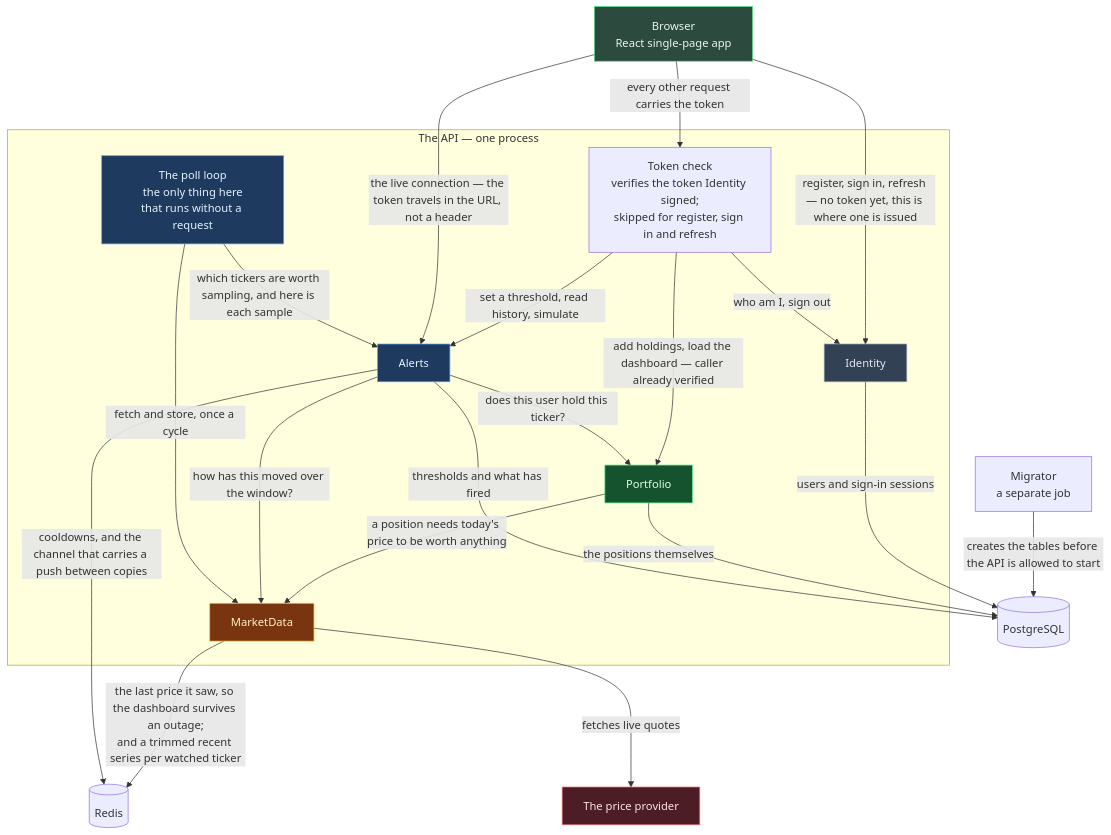
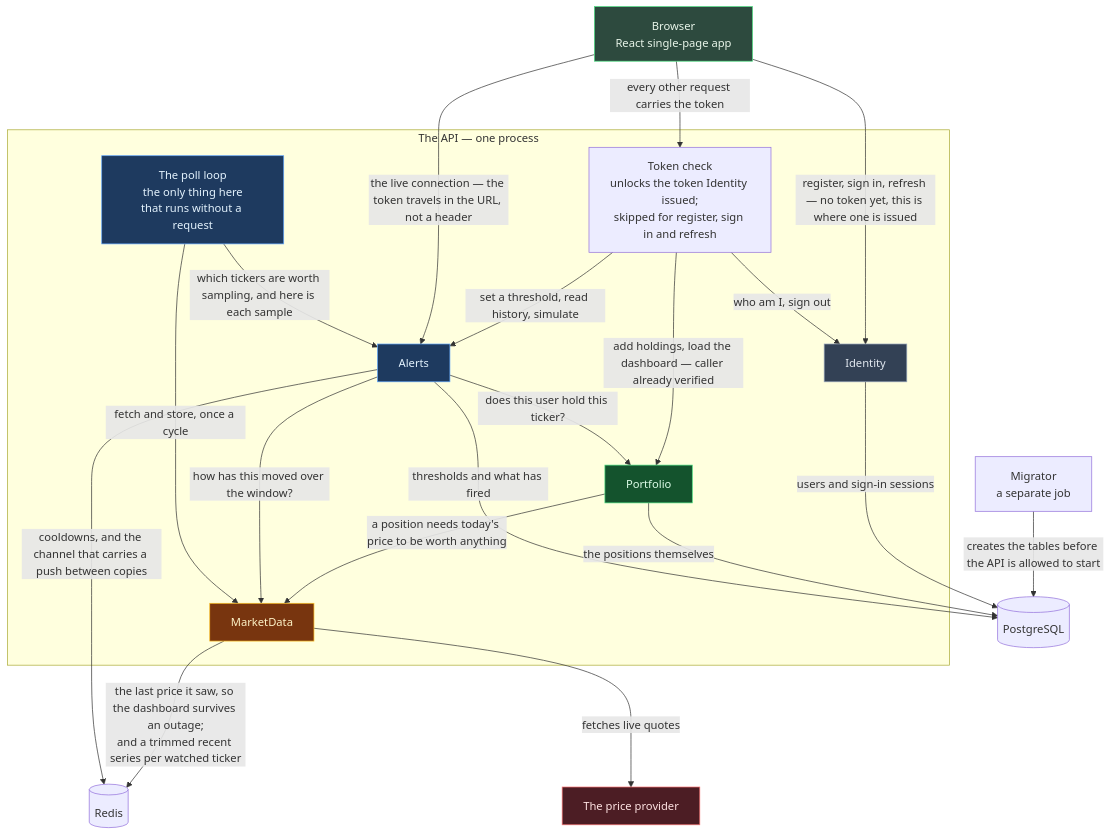
One commit to Dilicidum/StockPortfolio changed the diagram in docs/reference/service-interactions.md. Above: the diagram before and after it, drawn with Mermaid. The commit also changed other lines of this file and 110 other files, not shown here.

````diff
--- a/docs/reference/service-interactions.md
+++ b/docs/reference/service-interactions.md
@@ -7,45 +7,45 @@
 ```mermaid
 flowchart TB
     UI["Browser<br/>React single-page app"]
 
     subgraph HOST["The API — one process"]
-        GATE["Token check<br/>verifies the token Identity signed;<br/>skipped for register, sign in and refresh"]
+        GATE["Token check<br/>unlocks the token Identity issued;<br/>skipped for register, sign in and refresh"]
         ID[Identity]
         PF[Portfolio]
         MD[MarketData]
         AL[Alerts]
         POLL["The poll loop<br/>the only thing here<br/>that runs without a request"]
     end
 
     MIG["Migrator<br/>a separate job"]
     PG[("PostgreSQL")]
     RD[("Redis")]
     FH["The price provider"]
 
     UI -->|"register, sign in, refresh — no token yet, this is where one is issued"| ID
     UI -->|"every other request carries the token"| GATE
     GATE -->|"who am I, sign out"| ID
     GATE -->|"add holdings, load the dashboard — caller already verified"| PF
     GATE -->|"set a threshold, read history, simulate"| AL
     UI -->|"the live connection — the token travels in the URL, not a header"| AL
     PF -->|"a position needs today's price to be worth anything"| MD
     AL -->|"how has this moved over the window?"| MD
     AL -->|"does this user hold this ticker?"| PF
     POLL -->|"which tickers are worth sampling, and here is each sample"| AL
     POLL -->|"fetch and store, once a cycle"| MD
     ID -->|"users and sign-in sessions"| PG
     PF -->|"the positions themselves"| PG
     AL -->|"thresholds and what has fired"| PG
     MD -->|"the last price it saw, so the dashboard survives an outage;<br/>and a trimmed recent series per watched ticker"| RD
     AL -->|"cooldowns, and the channel that carries a push between copies"| RD
     MD -->|"fetches live quotes"| FH
     MIG -->|"creates the tables before the API is allowed to start"| PG
 
     style PF fill:#14532d,stroke:#4ade80,color:#dcfce7
     style MD fill:#78350f,stroke:#fbbf24,color:#fef3c7
     style AL fill:#1e3a5f,stroke:#60a5fa,color:#e3f2fd
     style POLL fill:#1e3a5f,stroke:#60a5fa,color:#e3f2fd
     style ID fill:#334155,stroke:#94a3b8,color:#e2e8f0
     style FH fill:#4c1d24,stroke:#f87171,color:#fee2e2
     style UI fill:#2d4a3e,stroke:#4ade80,color:#e8f5e9
 ```
````
